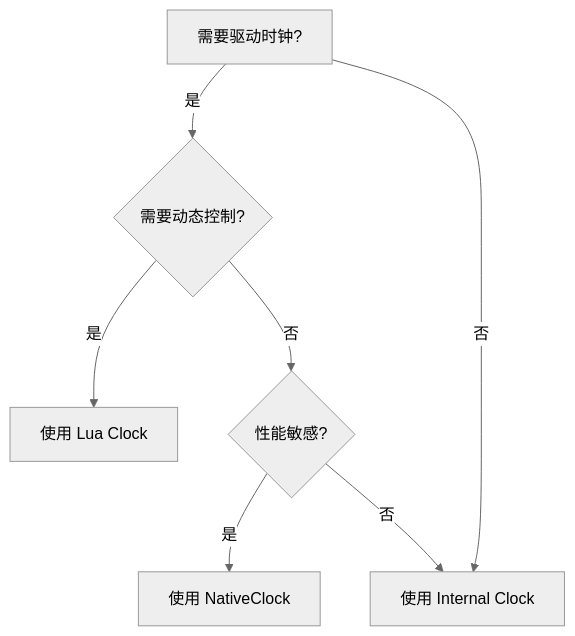
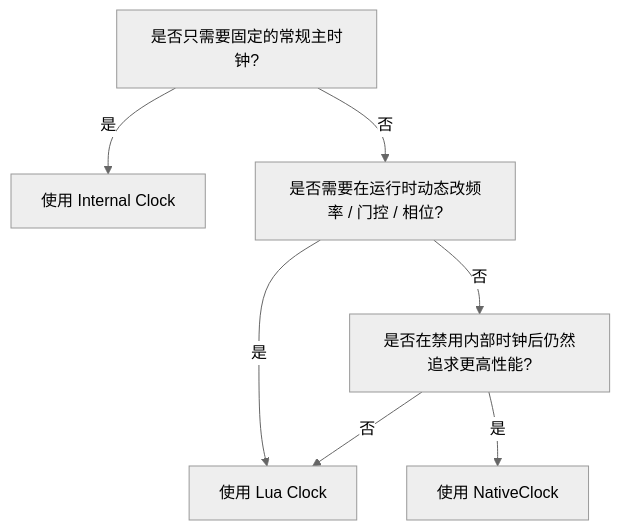
Before and after one commit to cyril0124/verilua: the diagram in docs/how-to-guides/clock_driving.mdx, drawn with Mermaid (neutral theme). The commit also changed other lines of this file and 5 other files, not shown here.

Commit message:
docs: improve clock driving guide and enable mermaid

````diff
--- a/docs/how-to-guides/clock_driving.mdx
+++ b/docs/how-to-guides/clock_driving.mdx
@@ -282,9 +21,9 @@
 ```mermaid
 flowchart TD
-    A[需要驱动时钟?] --> |是| B{需要动态控制?}
-    A --> |否| C[使用 Internal Clock]
-    B --> |是| D[使用 Lua Clock]
-    B --> |否| E{性能敏感?}
-    E --> |是| F[使用 NativeClock]
-    E --> |否| C
+    A[是否只需要固定的常规主时钟?] -->|是| B[使用 Internal Clock]
+    A -->|否| C[是否需要在运行时动态改频率 / 门控 / 相位?]
+    C -->|是| D[使用 Lua Clock]
+    C -->|否| E[是否在禁用内部时钟后仍然追求更高性能?]
+    E -->|是| F[使用 NativeClock]
+    E -->|否| D
 ```
````
